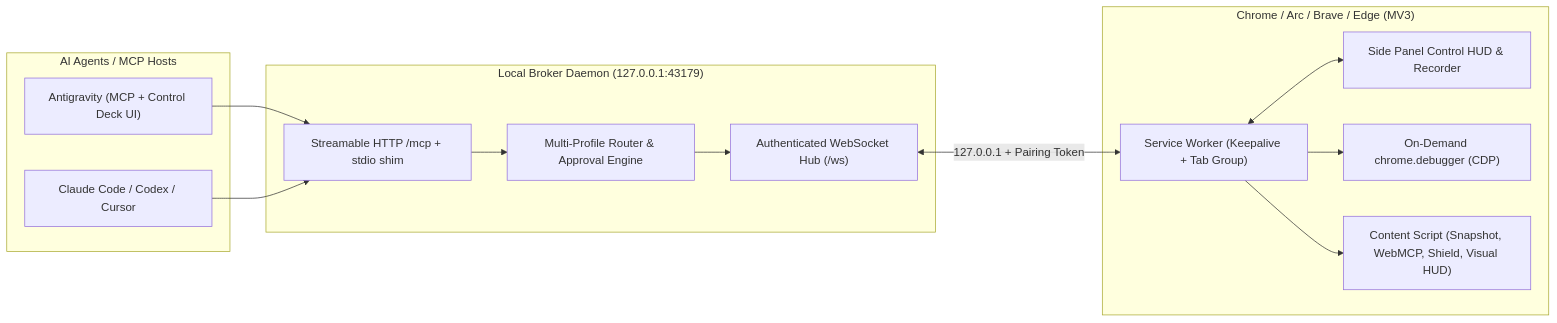
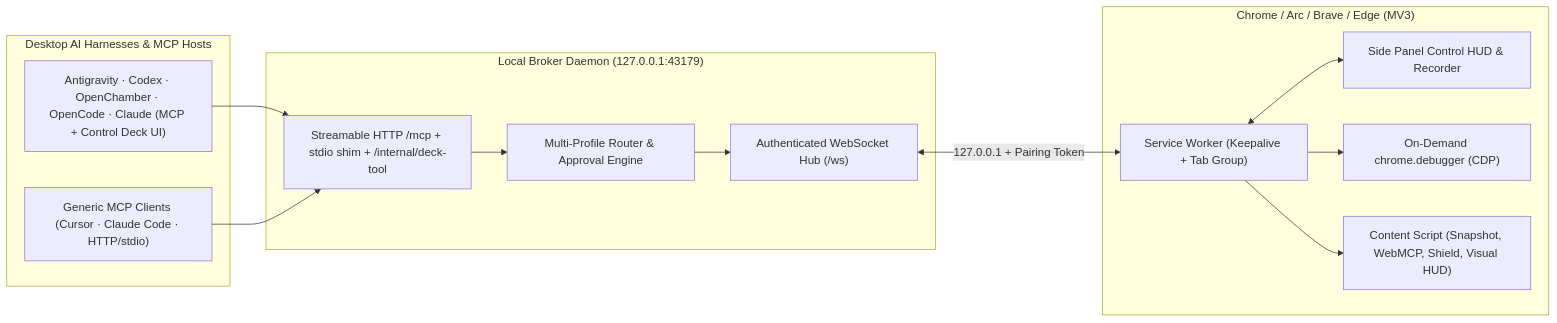
Before and after one commit to szybnev/chrome-browser-mcp: the diagram in README.md, drawn with Mermaid. The commit also changed other lines of this file and 2 other files, not shown here.

Commit message:
docs: update READMEs with desktop AI harness integrations

````diff
--- a/README.md
+++ b/README.md
@@ -78,29 +78,29 @@
 ```mermaid
 flowchart LR
-    subgraph Clients["AI Agents / MCP Hosts"]
-        AGY["Antigravity (MCP + Control Deck UI)"]
-        CLI["Claude Code / Codex / Cursor"]
+    subgraph Clients["Desktop AI Harnesses & MCP Hosts"]
+        DECK["Antigravity · Codex · OpenChamber · OpenCode · Claude (MCP + Control Deck UI)"]
+        CLI["Generic MCP Clients (Cursor · Claude Code · HTTP/stdio)"]
     end
 
     subgraph Broker["Local Broker Daemon (127.0.0.1:43179)"]
-        MCP["Streamable HTTP /mcp + stdio shim"]
+        MCP["Streamable HTTP /mcp + stdio shim + /internal/deck-tool"]
         HUB["Multi-Profile Router & Approval Engine"]
         WS["Authenticated WebSocket Hub (/ws)"]
     end
 
     subgraph Chrome["Chrome / Arc / Brave / Edge (MV3)"]
         SW["Service Worker (Keepalive + Tab Group)"]
         HUD["Side Panel Control HUD & Recorder"]
         CDP["On-Demand chrome.debugger (CDP)"]
         CS["Content Script (Snapshot, WebMCP, Shield, Visual HUD)"]
     end
 
-    AGY --> MCP
+    DECK --> MCP
     CLI --> MCP
     MCP --> HUB
     HUB --> WS
     WS <-->|"127.0.0.1 + Pairing Token"| SW
     SW <--> HUD
     SW --> CDP
     SW --> CS
 ```
````
